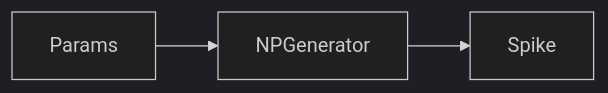
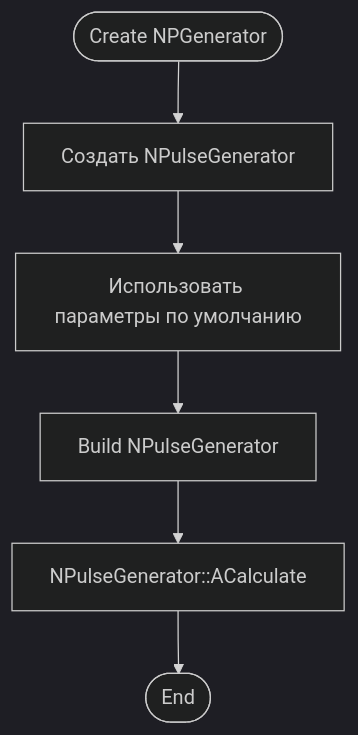
One commit to aicommunity/Nmsdk-PulseLib changed the fourth of 10 diagrams in Docs/Components/NPGenerator.md. Above: the diagram before and after it, drawn with Mermaid (dark theme). The commit also changed other lines of this file and 196 other files, not shown here.

````diff
--- a/Docs/Components/NPGenerator.md
+++ b/Docs/Components/NPGenerator.md
@@ -36,5 +97,8 @@
 ```mermaid
-flowchart LR
-    cfg[Params] --> gen[NPGenerator]
-    gen --> spike[Spike]
+flowchart TD
+    Start([Create NPGenerator]) --> CreateInstance[Создать NPulseGenerator]
+    CreateInstance --> UseDefault[Использовать параметры по умолчанию]
+    UseDefault --> Build[Build NPulseGenerator]
+    Build --> Calculate[NPulseGenerator::ACalculate]
+    Calculate --> End([End])
 ```
````
